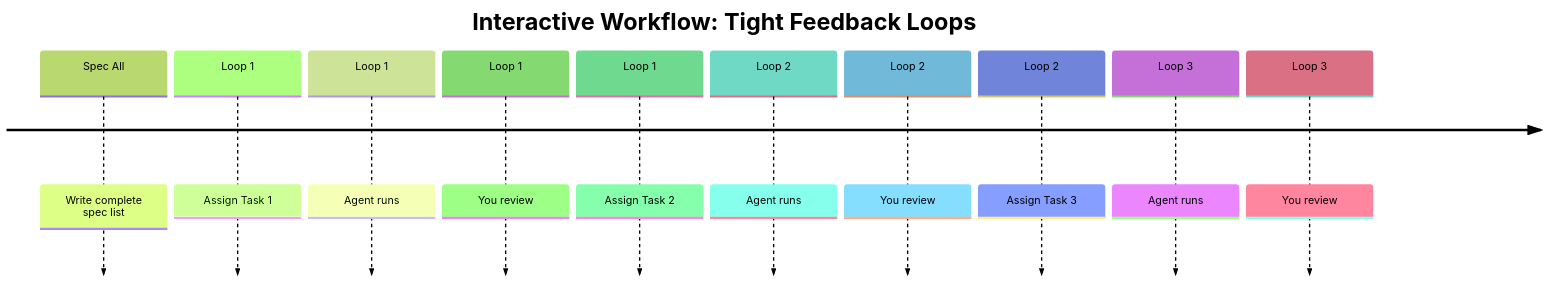
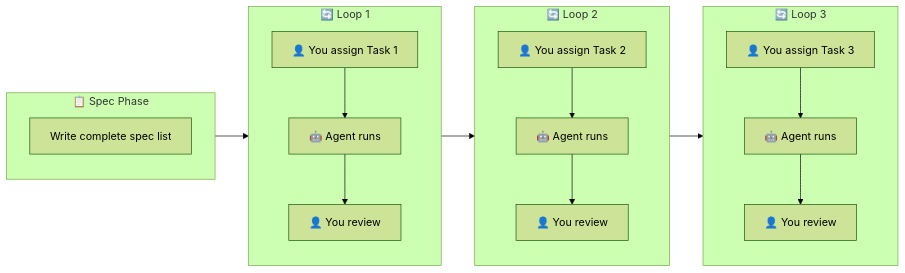
The second of 3 diagrams in website/docs/blog/posts/draft.how_to.Stacked_PRs_for_agentic_developent.md (gpsaggese/gpsaggese.github.io), drawn with Mermaid (forest theme) before and after one commit. The commit also changed other lines of this file and 4 other files, not shown here.

````diff
--- a/website/docs/blog/posts/draft.how_to.Stacked_PRs_for_agentic_developent.md
+++ b/website/docs/blog/posts/draft.how_to.Stacked_PRs_for_agentic_developent.md
@@ -91,14 +92,29 @@
 ```mermaid
-timeline
-  title Interactive Workflow: Tight Feedback Loops
-  Spec All : Write complete spec list
-  Loop 1: Assign Task 1
-  Loop 1: Agent runs
-  Loop 1: You review
-  Loop 1: Assign Task 2
-  Loop 2: Agent runs
-  Loop 2: You review
-  Loop 2: Assign Task 3
-  Loop 3: Agent runs
-  Loop 3: You review
+graph LR
+    subgraph spec["📋 Spec Phase"]
+        S["Write complete spec list"]
+    end
+    
+    subgraph loop1["🔄 Loop 1"]
+        L1a["👤 You assign Task 1"]
+        L1b["🤖 Agent runs"]
+        L1c["👤 You review"]
+        L1a --> L1b --> L1c
+    end
+    
+    subgraph loop2["🔄 Loop 2"]
+        L2a["👤 You assign Task 2"]
+        L2b["🤖 Agent runs"]
+        L2c["👤 You review"]
+        L2a --> L2b --> L2c
+    end
+    
+    subgraph loop3["🔄 Loop 3"]
+        L3a["👤 You assign Task 3"]
+        L3b["🤖 Agent runs"]
+        L3c["👤 You review"]
+        L3a --> L3b --> L3c
+    end
+    
+    spec --> loop1 --> loop2 --> loop3
 ```
````
